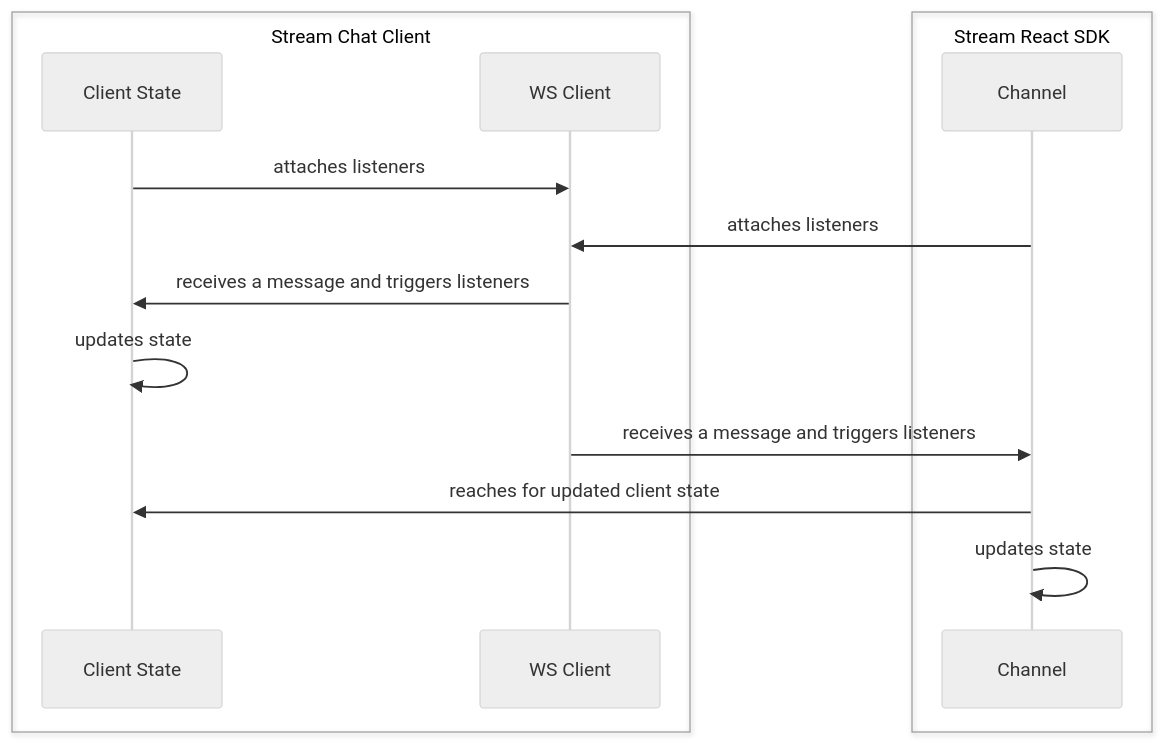
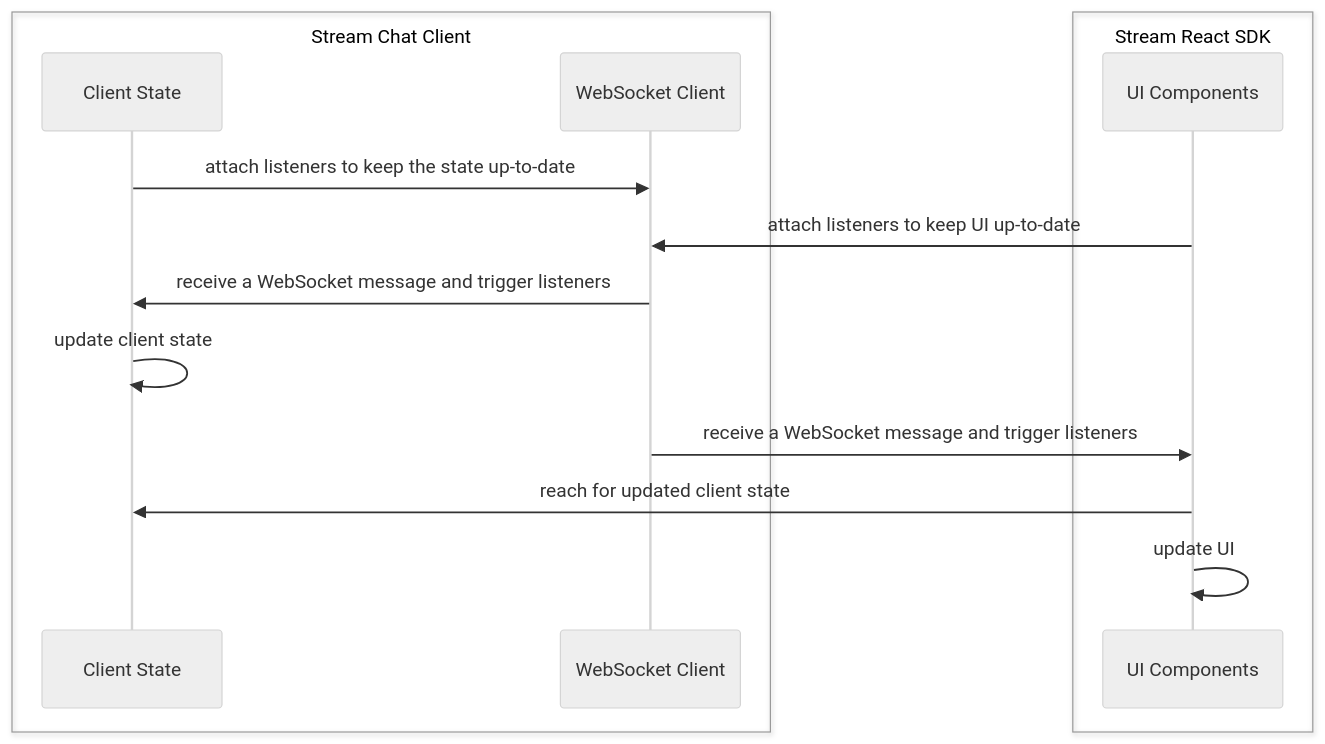
One commit to GetStream/stream-chat-react changed the diagram in docusaurus/docs/React/guides/sdk-state-management.mdx. Above: the diagram before and after it, drawn with Mermaid (neutral theme).

Commit message:
Post-review updates

````diff
--- a/docusaurus/docs/React/guides/sdk-state-management.mdx
+++ b/docusaurus/docs/React/guides/sdk-state-management.mdx
@@ -10,20 +10,19 @@
 ```mermaid
 sequenceDiagram
-
   box Stream Chat Client
     participant Client State
-    participant WS Client
+    participant WebSocket Client
   end
 
   box Stream React SDK
-    participant Channel
+    participant UI Components
   end
 
-  Client State->>WS Client: attaches listeners
-  Channel->>WS Client: attaches listeners
-  WS Client->>Client State: receives a message and triggers listeners
-  Client State->>Client State: updates state;
-  WS Client->>Channel: receives a message and triggers listeners
-  Channel->>Client State: reaches for updated client state
-  Channel->>Channel: updates state
+  Client State->>WebSocket Client: attach listeners to keep the state up-to-date
+  UI Components->>WebSocket Client: attach listeners to keep UI up-to-date
+  WebSocket Client->>Client State: receive a WebSocket message and trigger listeners
+  Client State->>Client State: update client state
+  WebSocket Client->>UI Components: receive a WebSocket message and trigger listeners
+  UI Components->>Client State: reach for updated client state
+  UI Components->>UI Components: update UI
 ```
````
